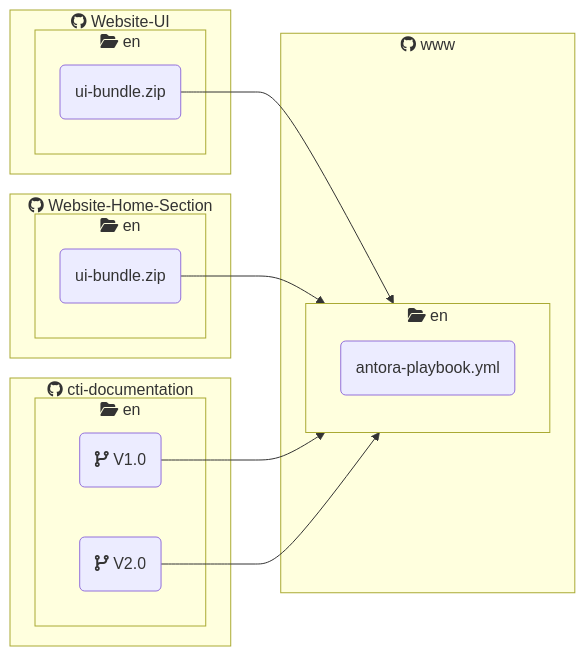
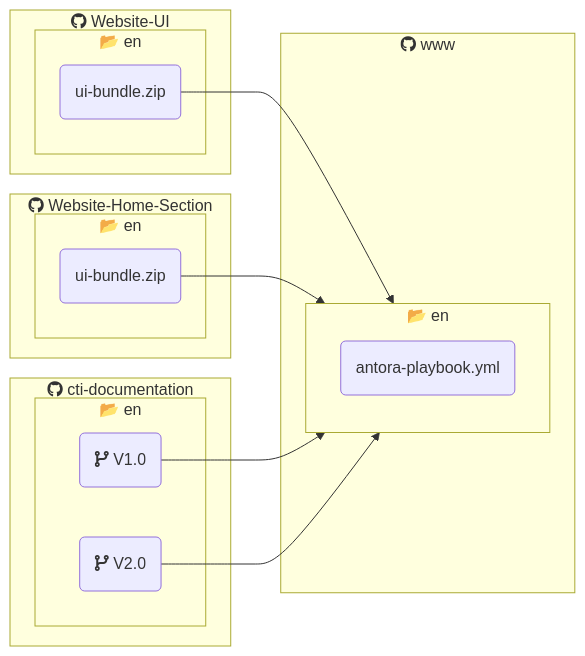
One commit to j-medland/www changed the second of 2 diagrams in README.md. Above: the diagram before and after it, drawn with Mermaid.

Commit message:
updated emoji

````diff
--- a/README.md
+++ b/README.md
@@ -11,24 +11,24 @@
 ```mermaid
 flowchart LR
     subgraph "<i class="fa-brands fa-github"></i> www"
-        subgraph en-www["<i class="fa-solid fa-folder-open"></i> en"]
+        subgraph en-www["📂 en"]
             en-antora-playbook(antora-playbook.yml)
         end
     end
     subgraph "<i class="fa-brands fa-github"></i> Website-UI"
-        subgraph en-ui["<i class="fa-solid fa-folder-open"></i> en"]
+        subgraph en-ui["📂 en"]
             en-ui-bundle(ui-bundle.zip)-->en-www
         end
     end
     subgraph "<i class="fa-brands fa-github"></i> Website-Home-Section"
-        subgraph en-hs["<i class="fa-solid fa-folder-open"></i> en"]
+        subgraph en-hs["📂 en"]
             en-hs-content(ui-bundle.zip)-->en-www
         end
         end
     subgraph "<i class="fa-brands fa-github"></i> cti-documentation"
-        subgraph en-doc["<i class="fa-solid fa-folder-open"></i> en"]
+        subgraph en-doc["📂 en"]
             en-conv1(<i class="fas fa-code-branch"></i> V1.0)-->en-www
             en-conv2(<i class="fas fa-code-branch"></i> V2.0)-->en-www
         end
     end
 ```
````
